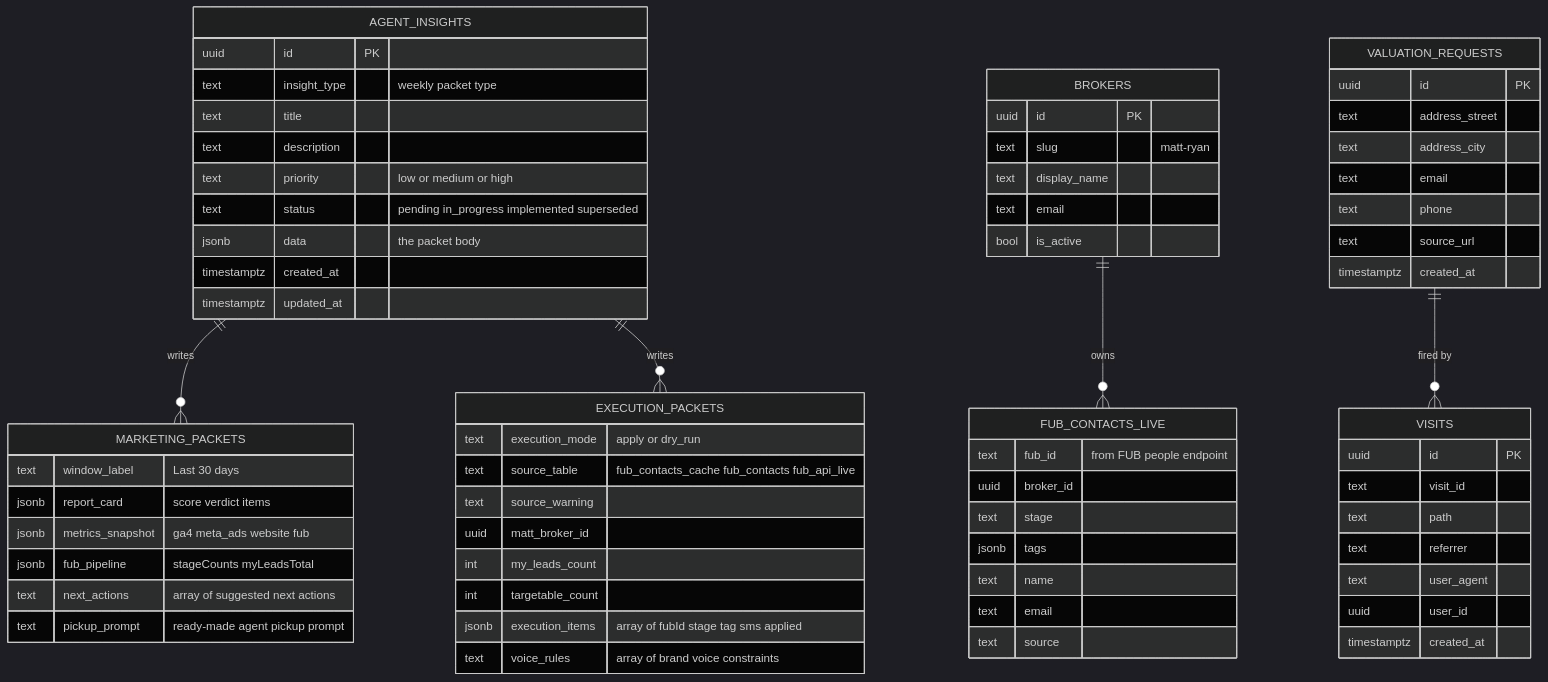
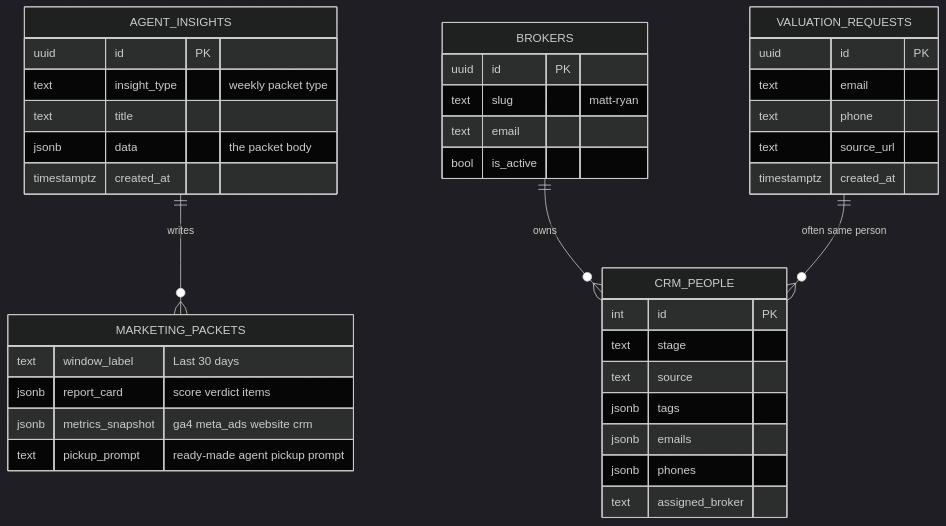
One commit to RyanRealty/RyanRealty changed the seventh of 9 diagrams in docs/FACEBOOK_SELLER_GROWTH_PIPELINE.md. Above: the diagram before and after it, drawn with Mermaid (dark theme). The commit also changed other lines of this file and 10 other files, not shown here.

````diff
--- a/docs/FACEBOOK_SELLER_GROWTH_PIPELINE.md
+++ b/docs/FACEBOOK_SELLER_GROWTH_PIPELINE.md
@@ -413,77 +384,46 @@
 ```mermaid
 erDiagram
     AGENT_INSIGHTS ||--o{ MARKETING_PACKETS : "writes"
-    AGENT_INSIGHTS ||--o{ EXECUTION_PACKETS : "writes"
-    BROKERS ||--o{ FUB_CONTACTS_LIVE : "owns"
-    VALUATION_REQUESTS ||--o{ VISITS : "fired by"
+    BROKERS ||--o{ CRM_PEOPLE : "owns"
+    VALUATION_REQUESTS ||--o{ CRM_PEOPLE : "often same person"
 
     AGENT_INSIGHTS {
         uuid id PK
         text insight_type "weekly packet type"
         text title
-        text description
-        text priority "low or medium or high"
-        text status "pending in_progress implemented superseded"
         jsonb data "the packet body"
         timestamptz created_at
-        timestamptz updated_at
     }
 
     MARKETING_PACKETS {
         text window_label "Last 30 days"
         jsonb report_card "score verdict items"
-        jsonb metrics_snapshot "ga4 meta_ads website fub"
-        jsonb fub_pipeline "stageCounts myLeadsTotal"
-        text next_actions "array of suggested next actions"
+        jsonb metrics_snapshot "ga4 meta_ads website crm"
         text pickup_prompt "ready-made agent pickup prompt"
     }
 
-    EXECUTION_PACKETS {
-        text execution_mode "apply or dry_run"
-        text source_table "fub_contacts_cache fub_contacts fub_api_live"
-        text source_warning
-        uuid matt_broker_id
-        int my_leads_count
-        int targetable_count
-        jsonb execution_items "array of fubId stage tag sms applied"
-        text voice_rules "array of brand voice constraints"
+    CRM_PEOPLE {
+        int id PK
+        text stage
+        text source
+        jsonb tags
+        jsonb emails
+        jsonb phones
+        text assigned_broker
     }
 
     BROKERS {
         uuid id PK
         text slug "matt-ryan"
-        text display_name
         text email
         bool is_active
     }
 
-    VISITS {
-        uuid id PK
-        text visit_id
-        text path
-        text referrer
-        text user_agent
-        uuid user_id
-        timestamptz created_at
-    }
-
     VALUATION_REQUESTS {
         uuid id PK
-        text address_street
-        text address_city
         text email
         text phone
         text source_url
         timestamptz created_at
     }
-
-    FUB_CONTACTS_LIVE {
-        text fub_id "from FUB people endpoint"
-        uuid broker_id
-        text stage
-        jsonb tags
-        text name
-        text email
-        text source
-    }
 ```
````
